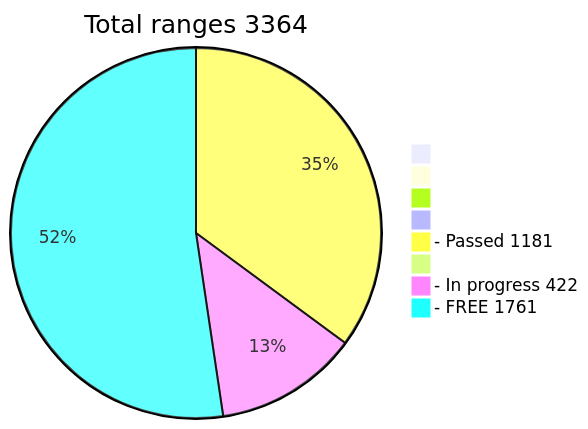
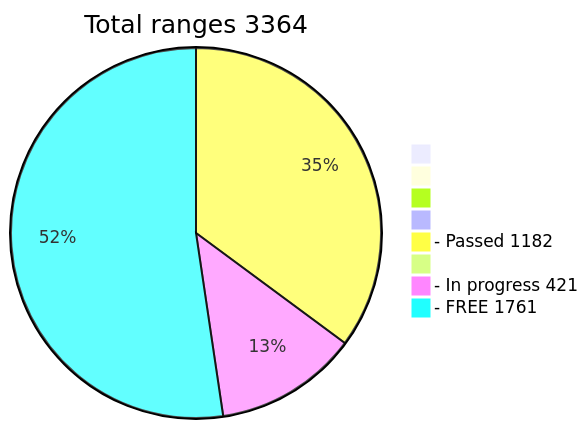
The diagram in README.md (phrutis/wif500), drawn with Mermaid before and after one commit.

````diff
--- a/README.md
+++ b/README.md
@@ -16,12 +16,12 @@
 ```mermaid
 pie title Total ranges 3364
              " " : 0
             "  " : 0
            "   " : 0
           "    " : 0
-  "- Passed 1181" : 1181
+  "- Passed 1182" : 1182
          "     " : 0
-  "- In progress 422" : 422
+  "- In progress 421" : 421
    "- FREE 1761" : 1761
    
 ```
````
